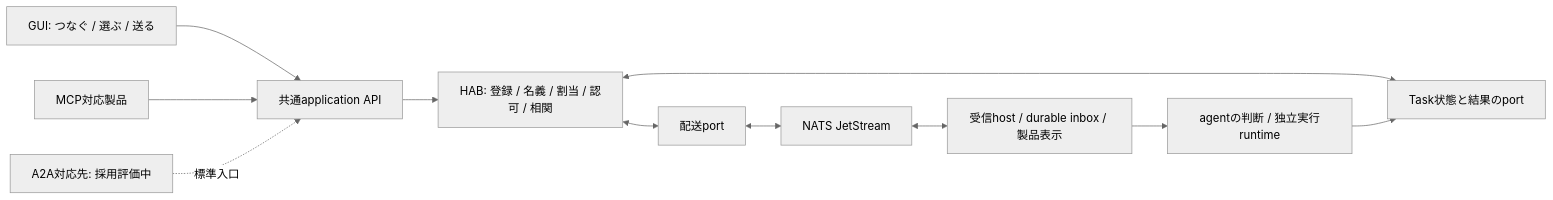
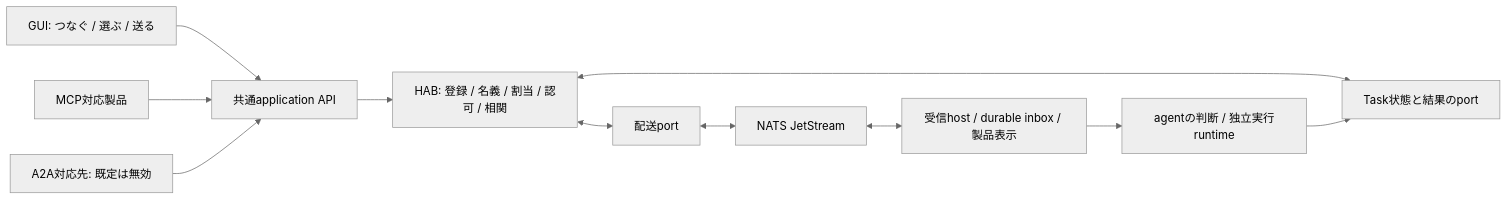
One commit to s-hiraoku/hiraoku-agent-base changed the diagram in docs/hab-product-spec.md. Above: the diagram before and after it, drawn with Mermaid (neutral theme). The commit also changed other lines of this file and 23 other files, not shown here.

````diff
--- a/docs/hab-product-spec.md
+++ b/docs/hab-product-spec.md
@@ -122,13 +122,13 @@
 ```mermaid
 flowchart LR
   G[GUI: つなぐ / 選ぶ / 送る] --> A[共通application API]
   M[MCP対応製品] --> A
-  X[A2A対応先: 採用評価中] -. 標準入口 .-> A
+  X[A2A対応先: 既定は無効] --> A
   A --> H[HAB: 登録 / 名義 / 割当 / 認可 / 相関]
   H <--> T[Task状態と結果のport]
   H <--> D[配送port]
   D <--> N[NATS JetStream]
   N <--> I[受信host / durable inbox / 製品表示]
   I --> E[agentの判断 / 独立実行runtime]
   E --> T
 ```
````
